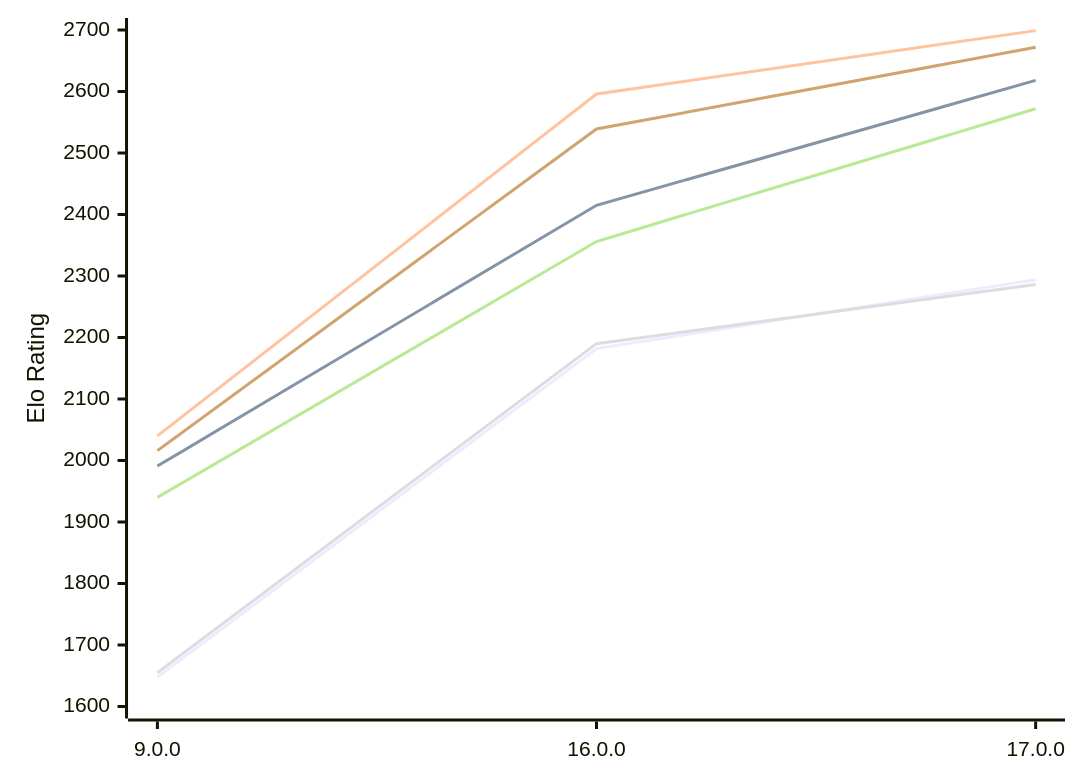
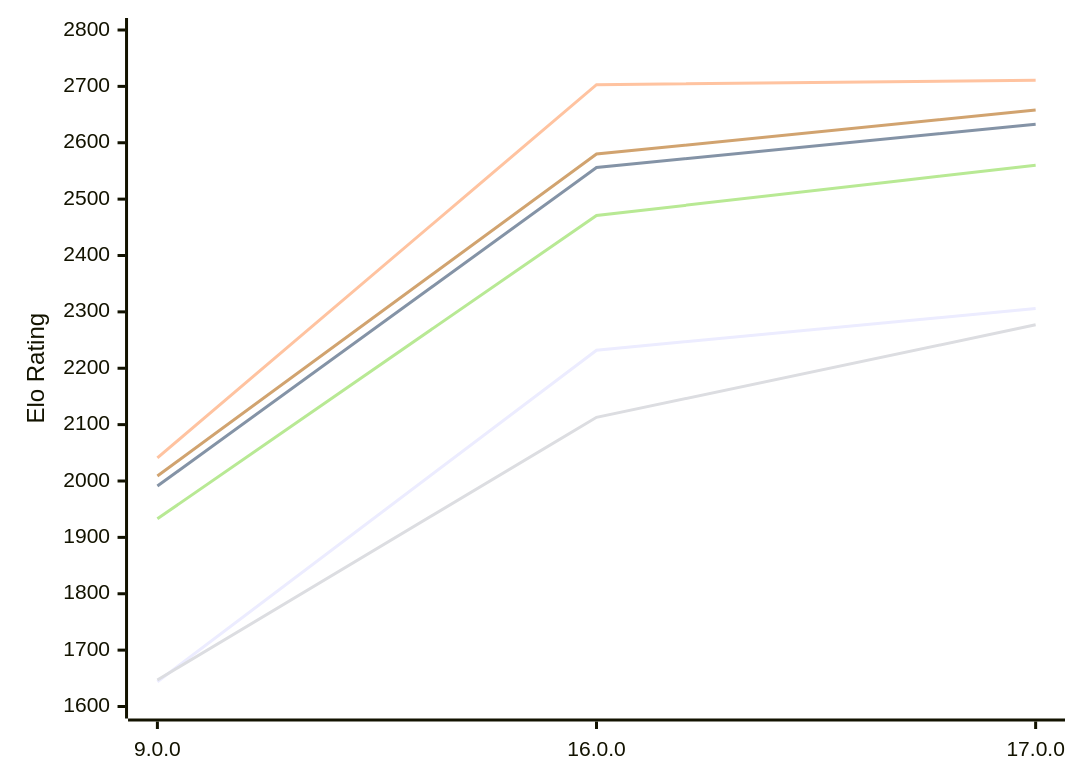
The first of 2 diagrams in engines/Cepimetheus.md (computer-chess-index/cci), drawn with Mermaid before and after one commit. The commit also changed other lines of this file, not shown here.

Commit message:
Update CCI Ratings (ELO VLTC) - 2026-11-14

````diff
--- a/engines/Cepimetheus.md
+++ b/engines/Cepimetheus.md
@@ -64,12 +64,12 @@
 ```mermaid
 %%{init: {"theme":"base","themeVariables":{"seriesColors:['#a3a3a3','#222221','#faa371']}}}%%
 xychart-beta
   x-axis ["9.0.0", "16.0.0", "17.0.0"]
-  y-axis "Elo Rating" 1600 --> 2700
-  line "E1: STC (8.0+0.08s)" [1648, 2182, 2294]
-  line "E1: LTC (60.0+0.60s)" [1991, 2415, 2618]
-  line "E1: VLTC (2m24s+1.12s)" [2040, 2596, 2699]
-  line "P1: STC (8.0+0.08s)" [1655, 2190, 2286]
-  line "P1: LTC (60.0+0.60s)" [1940, 2356, 2572]
-  line "P1: VLTC (2m24s+1.12s)" [2016, 2539, 2672]
+  y-axis "Elo Rating" 1600 --> 2800
+  line "E1: STC (8.0+0.08s)" [1644, 2232, 2306]
+  line "E1: LTC (60.0+0.60s)" [1991, 2556, 2633]
+  line "E1: VLTC (2m24s+1.12s)" [2041, 2703, 2711]
+  line "P1: STC (8.0+0.08s)" [1647, 2113, 2277]
+  line "P1: LTC (60.0+0.60s)" [1933, 2471, 2560]
+  line "P1: VLTC (2m24s+1.12s)" [2009, 2580, 2658]
 ```
````
